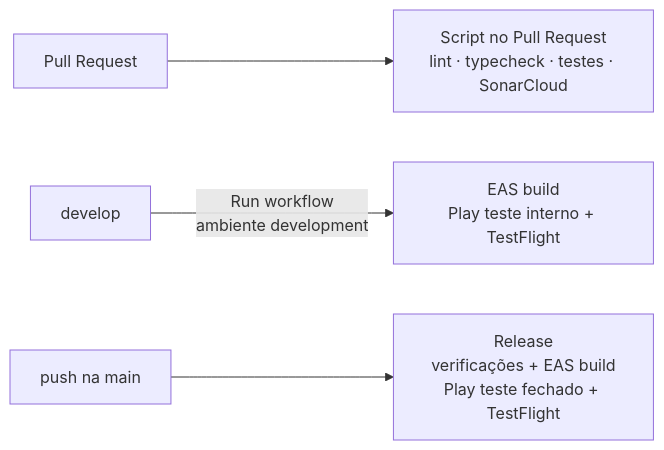
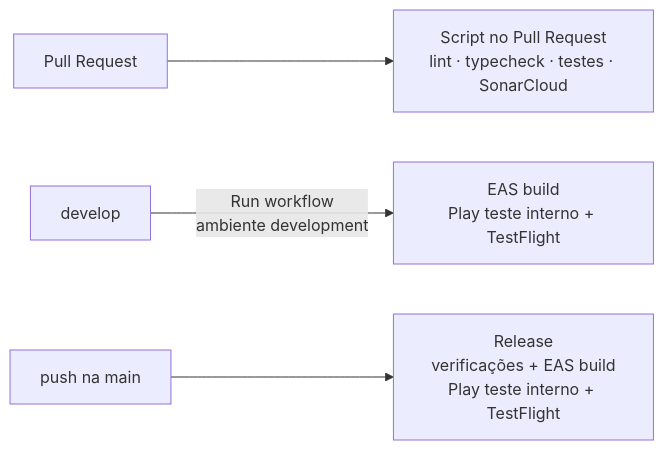
One commit to grazielatrres/portfolio-vagare-mobile changed the diagram in docs/wiki/Instalacao-e-Deploy.md. Above: the diagram before and after it, drawn with Mermaid. The commit also changed other lines of this file and 4 other files, not shown here.

Commit message:
fix: update references from 'teste fechado' to 'teste interno' in documentation and installation guides

````diff
--- a/docs/wiki/Instalacao-e-Deploy.md
+++ b/docs/wiki/Instalacao-e-Deploy.md
@@ -56,6 +56,6 @@
 ```mermaid
 flowchart LR
     pr[Pull Request] --> checks[Script no Pull Request<br/>lint · typecheck · testes · SonarCloud]
     develop[develop] -->|Run workflow<br/>ambiente development| dev[EAS build<br/>Play teste interno + TestFlight]
-    main[push na main] --> prod[Release<br/>verificações + EAS build<br/>Play teste fechado + TestFlight]
+    main[push na main] --> prod[Release<br/>verificações + EAS build<br/>Play teste interno + TestFlight]
 ```
````
